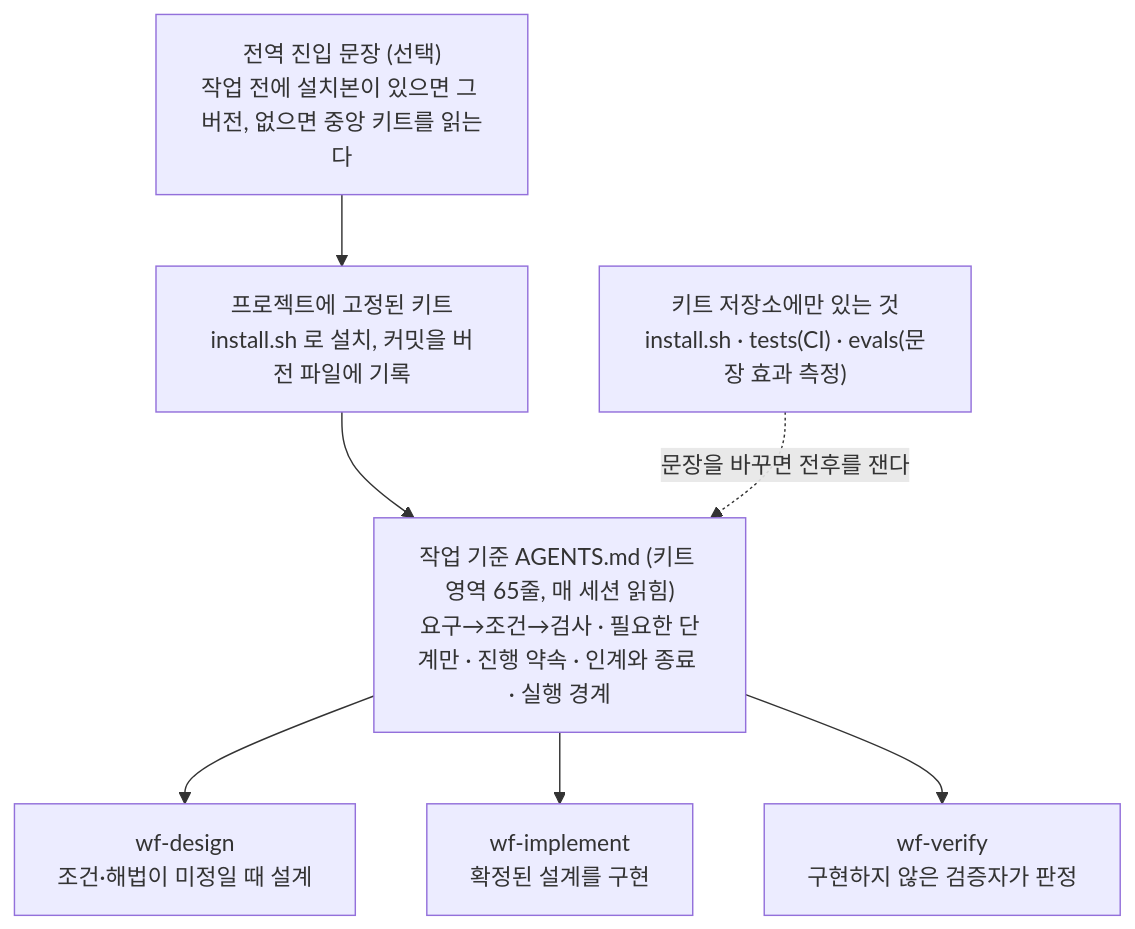
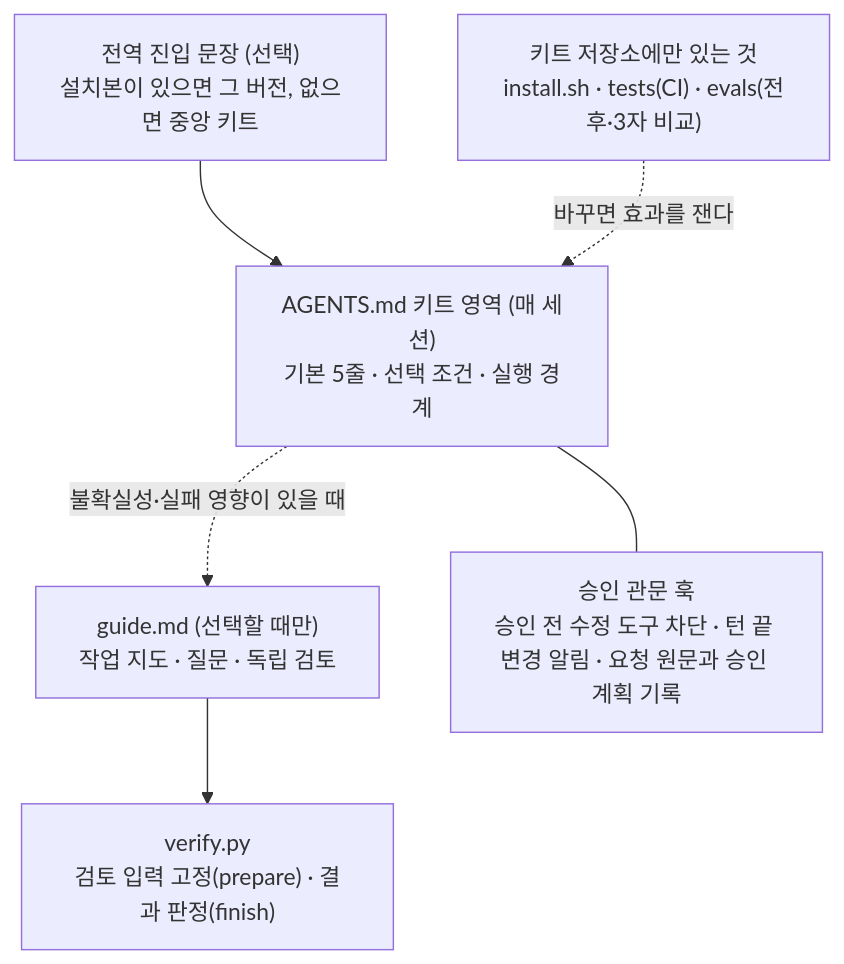
The first of 2 diagrams in README.md (taehyung-lab/agent-workflow-kit), drawn with Mermaid before and after one commit. The commit also changed other lines of this file and 17 other files, not shown here.

Commit message:
통합 구조: 기본은 최소 기준(AGENTS 키트 영역 2.7KB), 지도·질문·독립 검토는 선택 안내 guide.md 하나로, 단계 스킬 3개·지도 양식·검토자 프롬프트 파일 삭제, 관문이 승인 전 요청 원문과 승인 직전 계획을 고정해 검토 도구가 지도 없이도 검토(입력 부족은 미확인). 관문 경로·승인 수명 유지

````diff
--- a/README.md
+++ b/README.md
@@ -29,13 +29,14 @@
 ```mermaid
 flowchart TD
-  E["전역 진입 문장 (선택)<br/>작업 전에 설치본이 있으면 그 버전, 없으면 중앙 키트를 읽는다"]
-  P["프로젝트에 고정된 키트<br/>install.sh 로 설치, 커밋을 버전 파일에 기록"]
-  A["작업 기준 AGENTS.md (키트 영역 65줄, 매 세션 읽힘)<br/>요구→조건→검사 · 필요한 단계만 · 진행 약속 · 인계와 종료 · 실행 경계"]
-  D["wf-design<br/>조건·해법이 미정일 때 설계"]
-  I["wf-implement<br/>확정된 설계를 구현"]
-  V["wf-verify<br/>구현하지 않은 검증자가 판정"]
-  R["키트 저장소에만 있는 것<br/>install.sh · tests(CI) · evals(문장 효과 측정)"]
-  E --> P --> A
-  A --> D & I & V
-  R -.->|문장을 바꾸면 전후를 잰다| A
+  E["전역 진입 문장 (선택)<br/>설치본이 있으면 그 버전, 없으면 중앙 키트"]
+  A["AGENTS.md 키트 영역 (매 세션)<br/>기본 5줄 · 선택 조건 · 실행 경계"]
+  G["guide.md (선택할 때만)<br/>작업 지도 · 질문 · 독립 검토"]
+  H["승인 관문 훅<br/>승인 전 수정 도구 차단 · 턴 끝 변경 알림 · 요청 원문과 승인 계획 기록"]
+  V["verify.py<br/>검토 입력 고정(prepare) · 결과 판정(finish)"]
+  R["키트 저장소에만 있는 것<br/>install.sh · tests(CI) · evals(전후·3자 비교)"]
+  E --> A
+  A -.->|불확실성·실패 영향이 있을 때| G
+  A --- H
+  G --> V
+  R -.->|바꾸면 효과를 잰다| A
 ```
````
